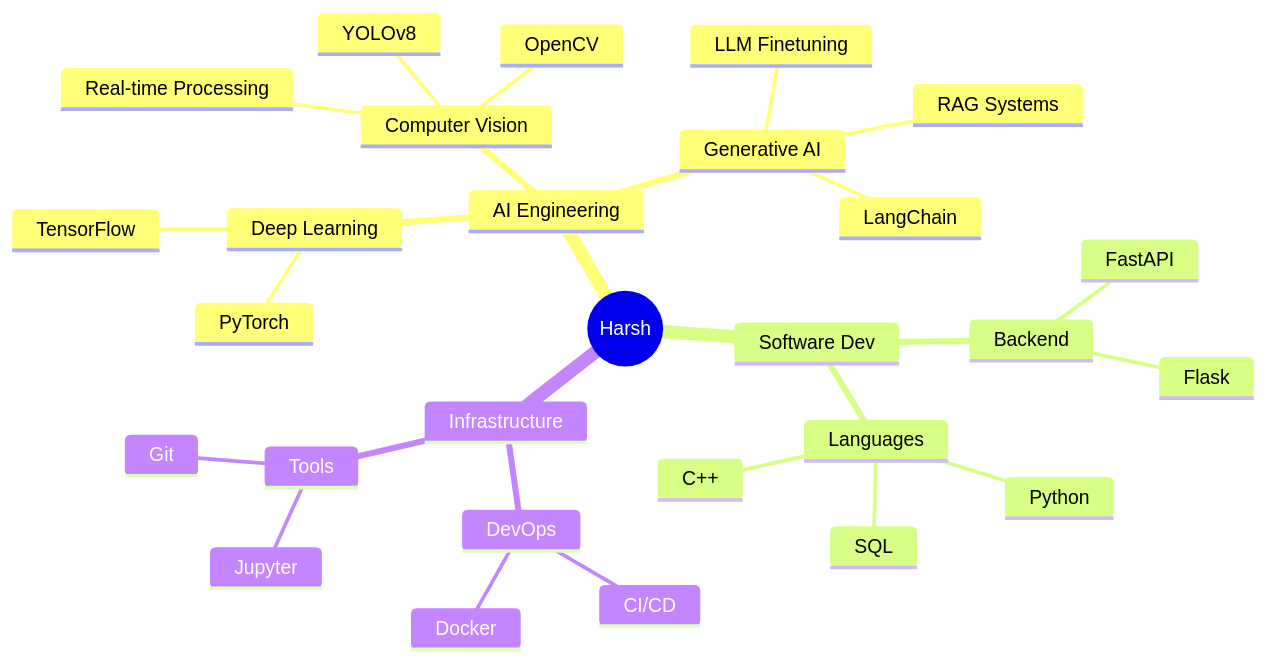
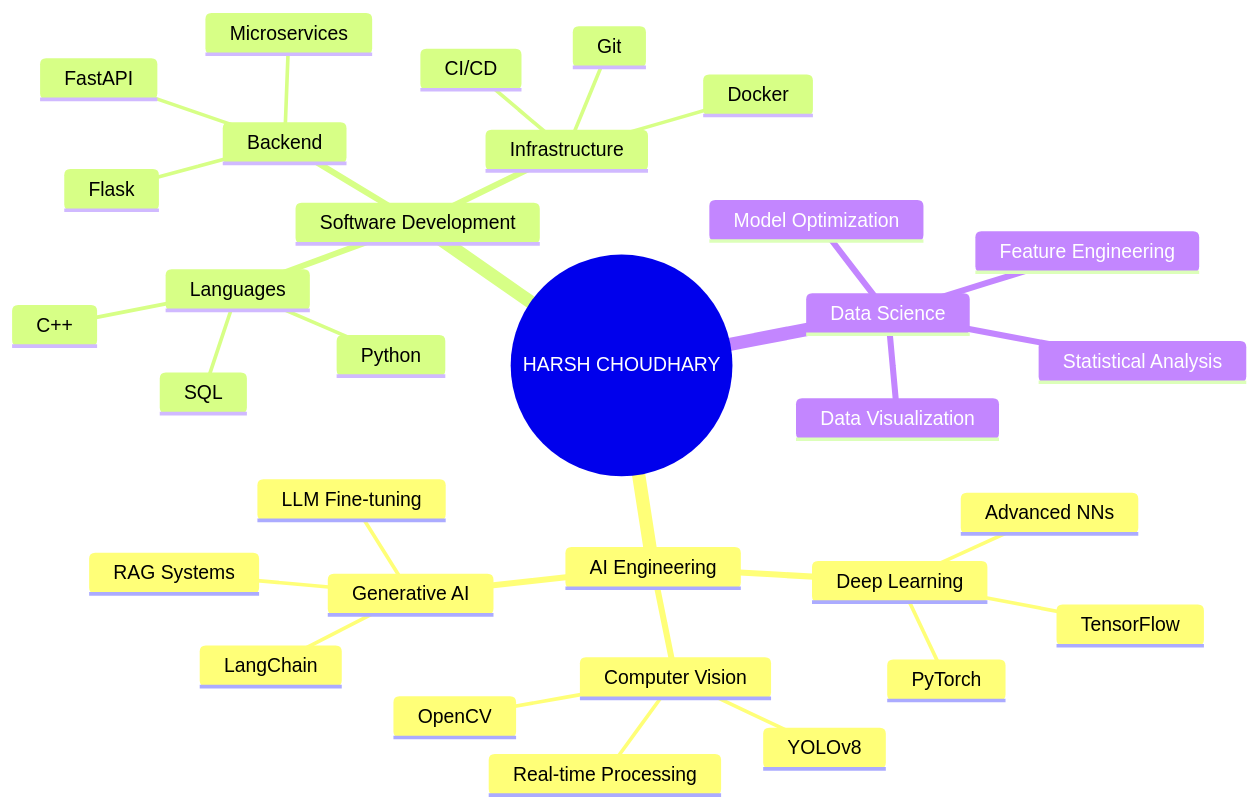
One commit to HarshChoudhary2003/HarshChoudhary2003 changed the diagram in README.md. Above: the diagram before and after it, drawn with Mermaid. The commit also changed other lines of this file, not shown here.

First line of the commit message:
✨ Redesign README: Add professional visuals, advanced design & comprehensive documentation

````diff
--- a/README.md
+++ b/README.md
@@ -85,31 +136,35 @@
 ```mermaid
 mindmap
-  root((Harsh))
+  root ((HARSH CHOUDHARY))
     AI Engineering
       Deep Learning
         PyTorch
         TensorFlow
+        Advanced NNs
       Computer Vision
         OpenCV
         YOLOv8
         Real-time Processing
       Generative AI
         RAG Systems
         LangChain
-        LLM Finetuning
-    Software Dev
+        LLM Fine-tuning
+    Software Development
       Backend
         FastAPI
         Flask
+        Microservices
       Languages
         Python
         C++
         SQL
-    Infrastructure
-      DevOps
+      Infrastructure
         Docker
         CI/CD
-      Tools
         Git
-        Jupyter
+    Data Science
+      Statistical Analysis
+      Feature Engineering
+      Model Optimization
+      Data Visualization
 ```
````
